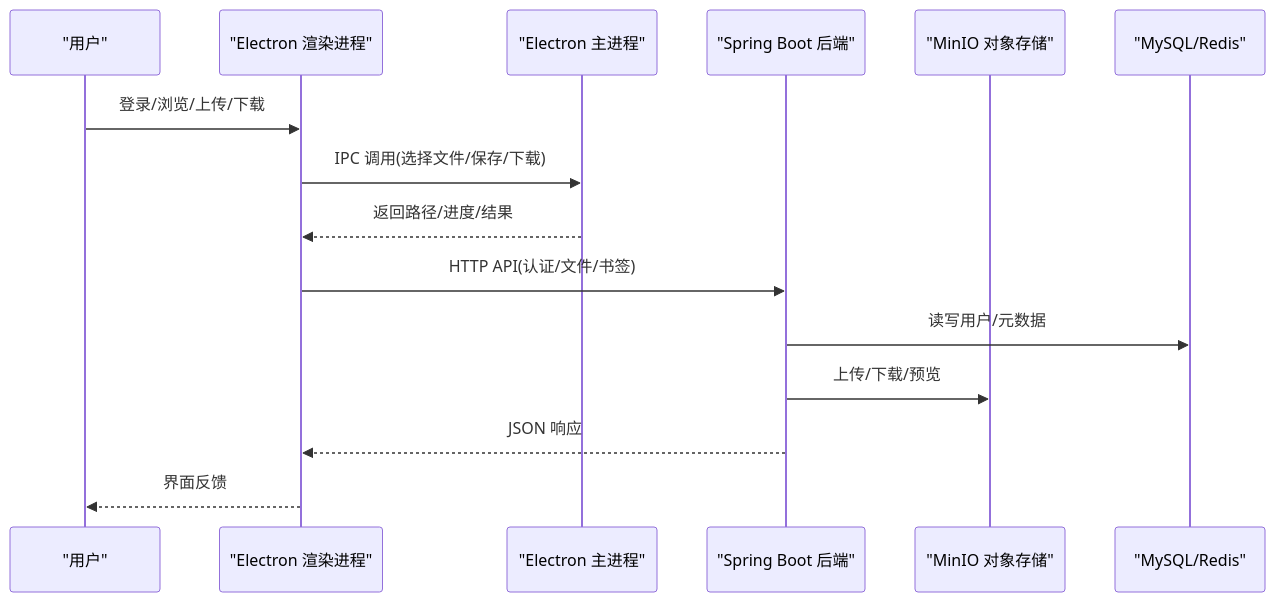
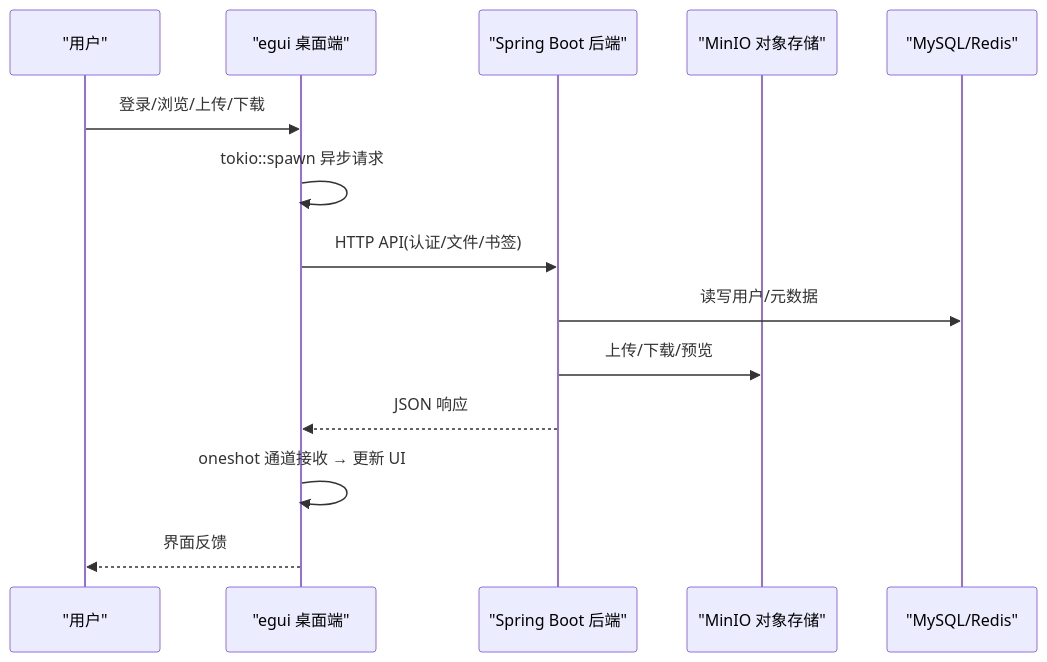
Before and after one commit to PezMax/PezMax-One: the second of 5 diagrams in repowiki/zh/content/项目概述.md, drawn with Mermaid. The commit also changed other lines of this file and 12 other files, not shown here.

````diff
--- a/repowiki/zh/content/项目概述.md
+++ b/repowiki/zh/content/项目概述.md
@@ -99,17 +97,16 @@
 ```mermaid
 sequenceDiagram
 participant U as "用户"
-participant FE as "Electron 渲染进程"
-participant MP as "Electron 主进程"
+participant FE as "egui 桌面端"
 participant BE as "Spring Boot 后端"
 participant MINIO as "MinIO 对象存储"
 participant DB as "MySQL/Redis"
 U->>FE : 登录/浏览/上传/下载
-FE->>MP : IPC 调用(选择文件/保存/下载)
-MP-->>FE : 返回路径/进度/结果
+FE->>FE : tokio::spawn 异步请求
 FE->>BE : HTTP API(认证/文件/书签)
 BE->>DB : 读写用户/元数据
 BE->>MINIO : 上传/下载/预览
 BE-->>FE : JSON 响应
+FE->>FE : oneshot 通道接收 → 更新 UI
 FE-->>U : 界面反馈
 ```
````
